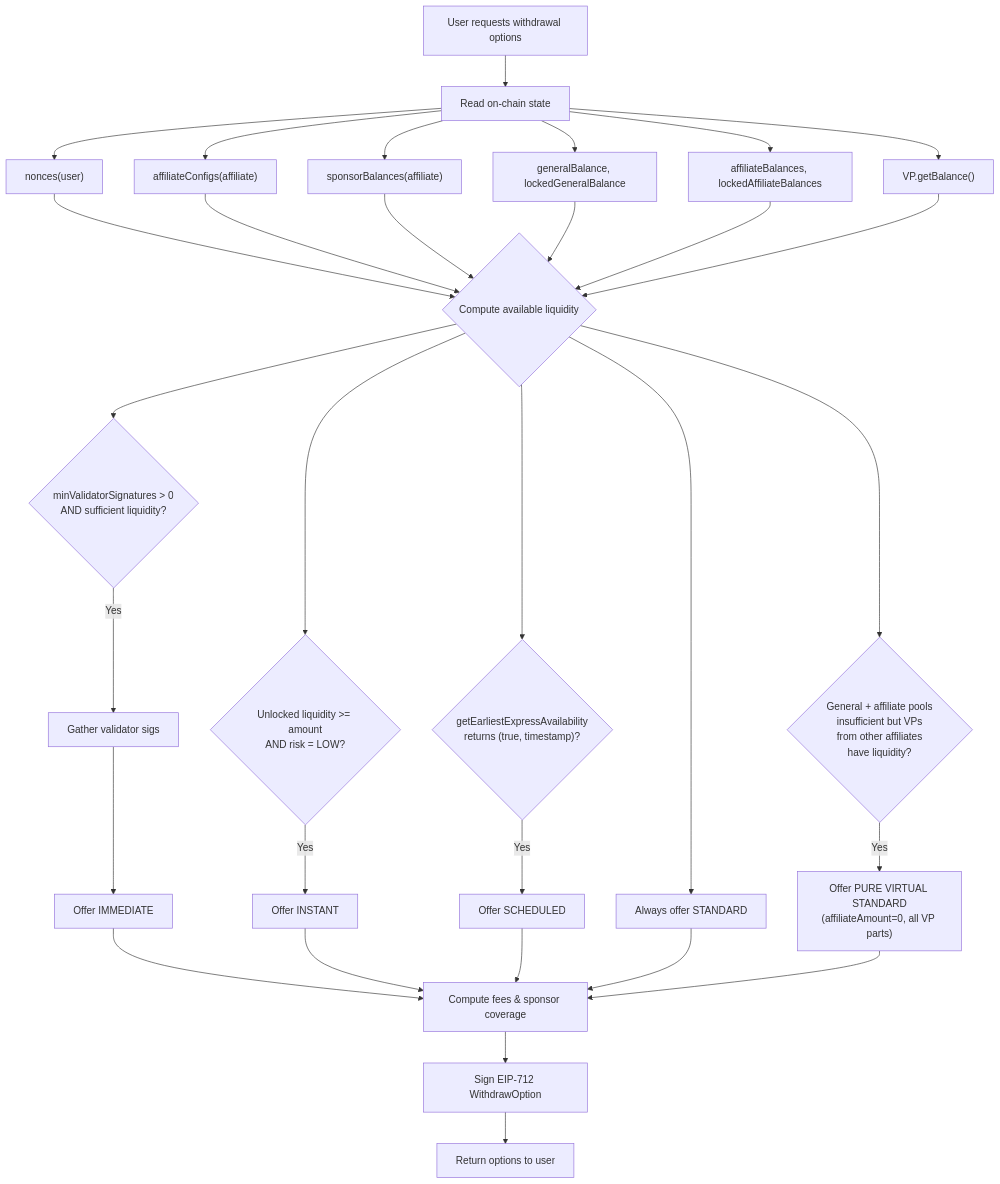
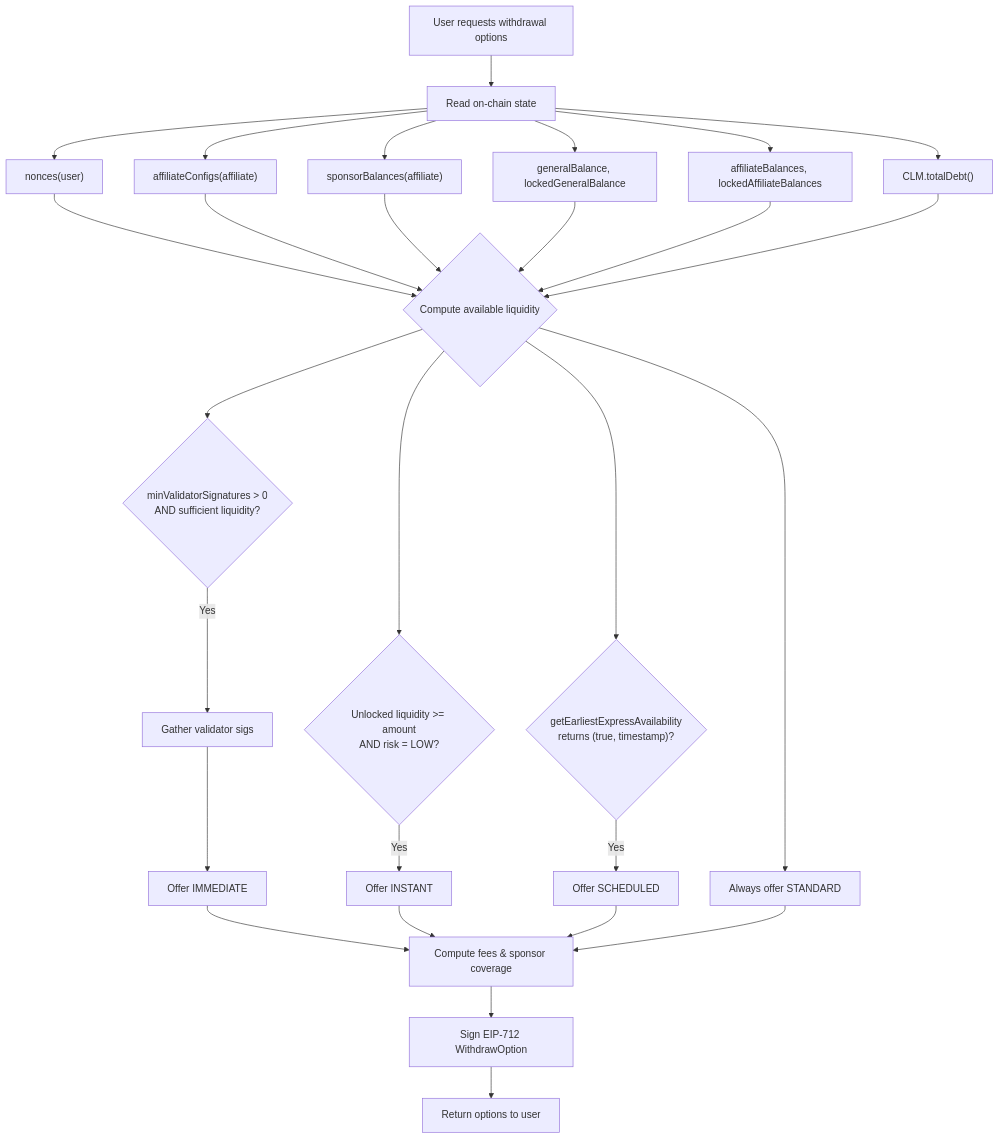
One commit to SYMM-IO/perps-core changed the eighth of 33 diagrams in docs/v0.8.6/express-bot-operations-checklist.md. Above: the diagram before and after it, drawn with Mermaid. The commit also changed other lines of this file and 9 other files, not shown here.

````diff
--- a/docs/v0.8.6/express-bot-operations-checklist.md
+++ b/docs/v0.8.6/express-bot-operations-checklist.md
@@ -1363,31 +1042,28 @@
 ```mermaid
 flowchart TD
     A[User requests withdrawal options] --> B[Read on-chain state]
     B --> B1["nonces(user)"]
     B --> B2["affiliateConfigs(affiliate)"]
     B --> B3["sponsorBalances(affiliate)"]
     B --> B4["generalBalance, lockedGeneralBalance"]
     B --> B5["affiliateBalances, lockedAffiliateBalances"]
-    B --> B6["VP.getBalance()"]
+    B --> B6["CLM.totalDebt()"]
 
     B1 & B2 & B3 & B4 & B5 & B6 --> C{Compute available liquidity}
 
     C --> D{minValidatorSignatures > 0\nAND sufficient liquidity?}
     D -->|Yes| D1[Gather validator sigs]
     D1 --> D2[Offer IMMEDIATE]
 
     C --> E{Unlocked liquidity >= amount\nAND risk = LOW?}
     E -->|Yes| E1[Offer INSTANT]
 
     C --> F{"getEarliestExpressAvailability\nreturns (true, timestamp)?"}
     F -->|Yes| F1[Offer SCHEDULED]
 
     C --> G[Always offer STANDARD]
 
-    C --> PV{General + affiliate pools\ninsufficient but VPs\nfrom other affiliates\nhave liquidity?}
-    PV -->|Yes| PV1["Offer PURE VIRTUAL STANDARD\n(affiliateAmount=0, all VP parts)"]
-
-    D2 & E1 & F1 & G & PV1 --> H[Compute fees & sponsor coverage]
+    D2 & E1 & F1 & G --> H[Compute fees & sponsor coverage]
     H --> I[Sign EIP-712 WithdrawOption]
     I --> J[Return options to user]
 ```
````
